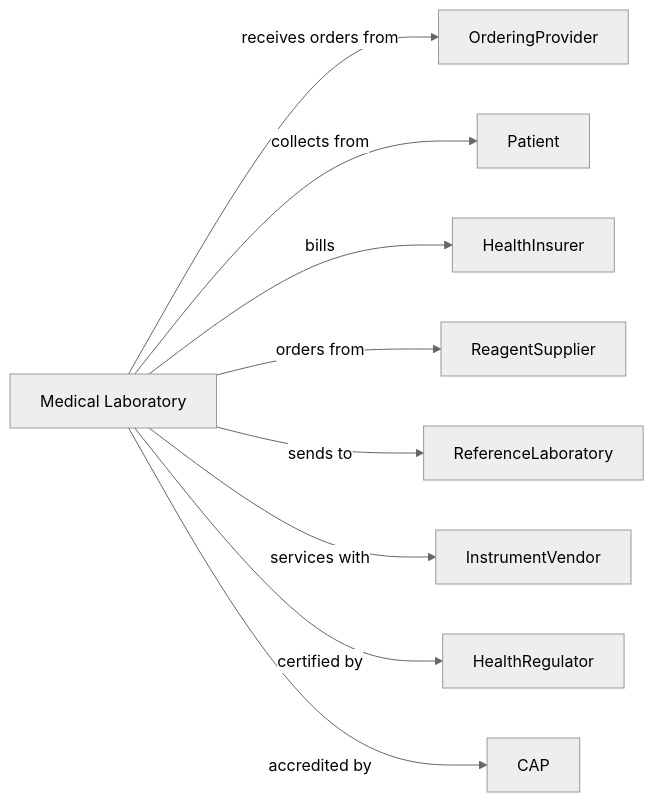
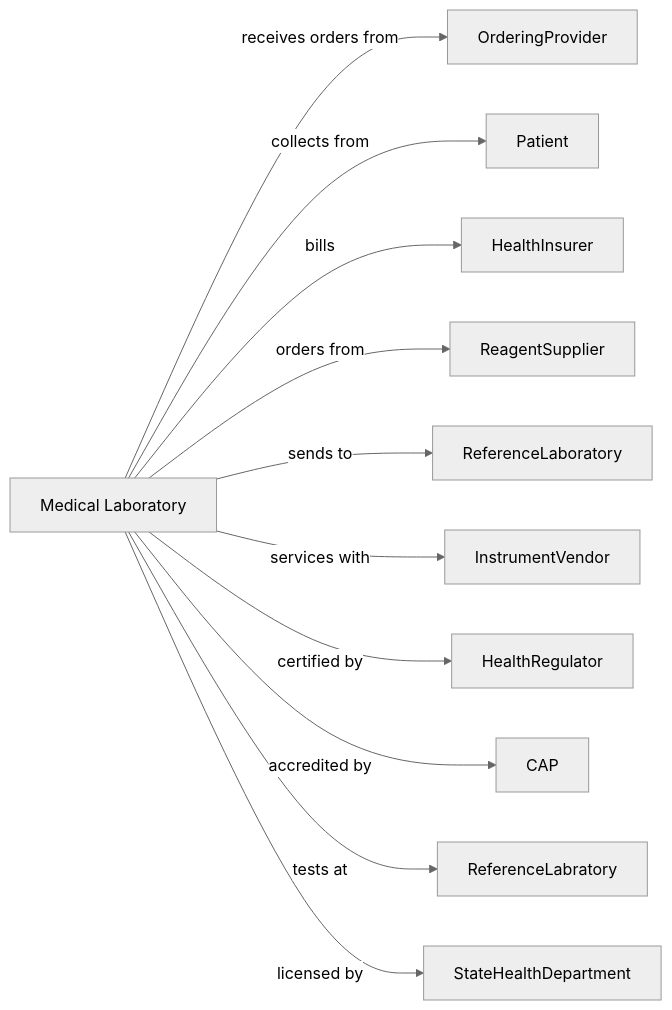
The second of 2 diagrams in HealthCare/AmbulatoryHealthCareServices/MedicalAndDiagnosticLaboratories/MedicalLaboratories.mdx (dot-org-ai/industries.org.ai), drawn with Mermaid (neutral theme) before and after one commit. The commit also changed other lines of this file and 588 other files, not shown here.

````diff
--- a/HealthCare/AmbulatoryHealthCareServices/MedicalAndDiagnosticLaboratories/MedicalLaboratories.mdx
+++ b/HealthCare/AmbulatoryHealthCareServices/MedicalAndDiagnosticLaboratories/MedicalLaboratories.mdx
@@ -145,13 +145,15 @@
 ```mermaid
 graph LR
     L[Medical Laboratory]
 
     L -->|receives orders from| OrderingProvider
     L -->|collects from| Patient
     L -->|bills| HealthInsurer
     L -->|orders from| ReagentSupplier
     L -->|sends to| ReferenceLaboratory
     L -->|services with| InstrumentVendor
     L -->|certified by| HealthRegulator
     L -->|accredited by| CAP
+    L -->|tests at| ReferenceLabratory
+    L -->|licensed by| StateHealthDepartment
 ```
````
